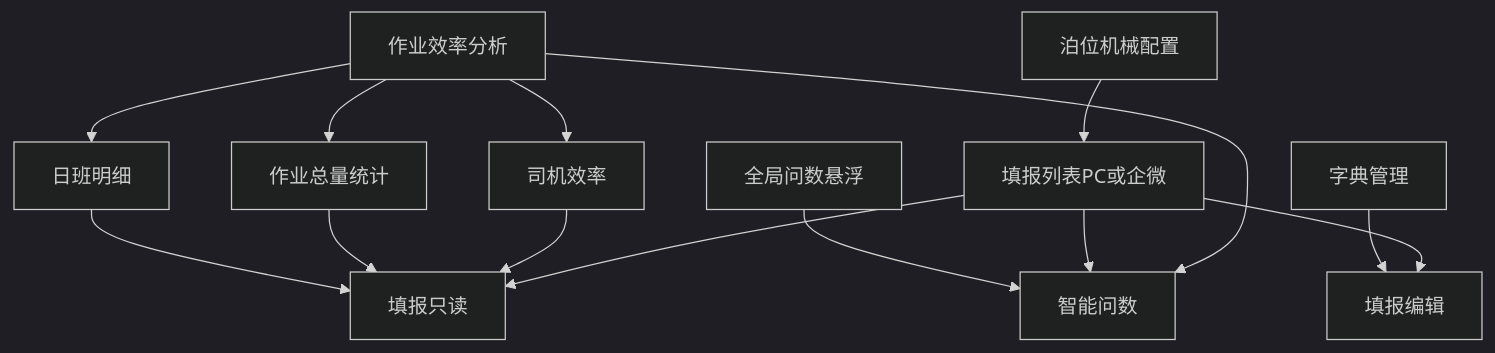
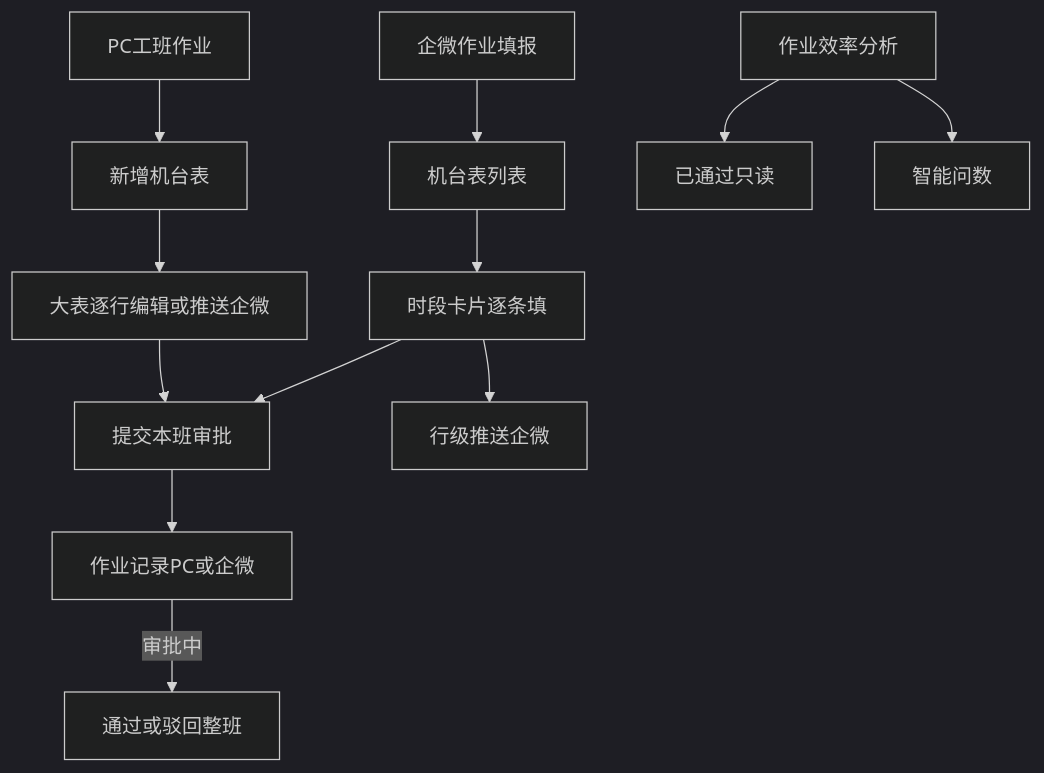
Before and after one commit to liaoliao66/TOS: the third of 9 diagrams in docs/versions/v1.0.0/prd.md, drawn with Mermaid (dark theme). The commit also changed other lines of this file and 13 other files, not shown here.

````diff
--- a/docs/versions/v1.0.0/prd.md
+++ b/docs/versions/v1.0.0/prd.md
@@ -197,16 +202,14 @@
 ```mermaid
 flowchart TD
-    L[填报列表PC或企微] --> E[填报编辑]
-    L --> V[填报只读]
-    F[作业效率分析] --> T1[司机效率]
-    F --> T2[作业总量统计]
-    F --> T3[日班明细]
-    T1 --> V
-    T2 --> V
-    T3 --> V
-    F --> A[智能问数]
-    L --> A
-    FAB[全局问数悬浮] --> A
-    M[泊位机械配置] --> L
-    D[字典管理] --> E
+    PC1[PC工班作业] --> PC2[新增机台表]
+    PC2 --> PC3[大表逐行编辑或推送企微]
+    PC3 --> PC4[提交本班审批]
+    PC4 --> REC[作业记录PC或企微]
+    REC -->|审批中| AP[通过或驳回整班]
+    WX1[企微作业填报] --> WX2[机台表列表]
+    WX2 --> WX3[时段卡片逐条填]
+    WX3 --> WX4[行级推送企微]
+    WX3 --> PC4
+    EF[作业效率分析] --> V[已通过只读]
+    EF --> A[智能问数]
 ```
````
